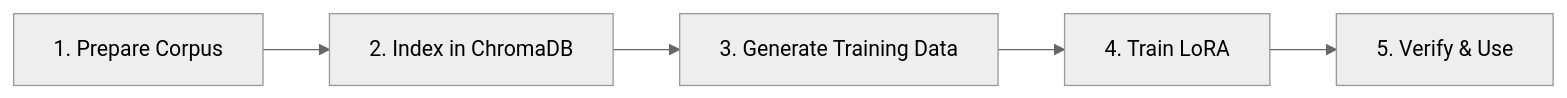
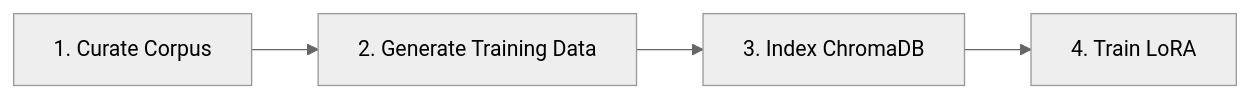
Before and after one commit to yogthos/revenant: the first of 2 diagrams in README.md, drawn with Mermaid (neutral theme). The commit also changed other lines of this file and 1 other file, not shown here.

````diff
--- a/README.md
+++ b/README.md
@@ -54,7 +54,6 @@
 ```mermaid
 flowchart LR
-    A[1. Prepare Corpus] --> B[2. Index in ChromaDB]
-    B --> C[3. Generate Training Data]
+    A[1. Curate Corpus] --> B[2. Generate Training Data]
+    B --> C[3. Index ChromaDB]
     C --> D[4. Train LoRA]
-    D --> E[5. Verify & Use]
 ```
````
